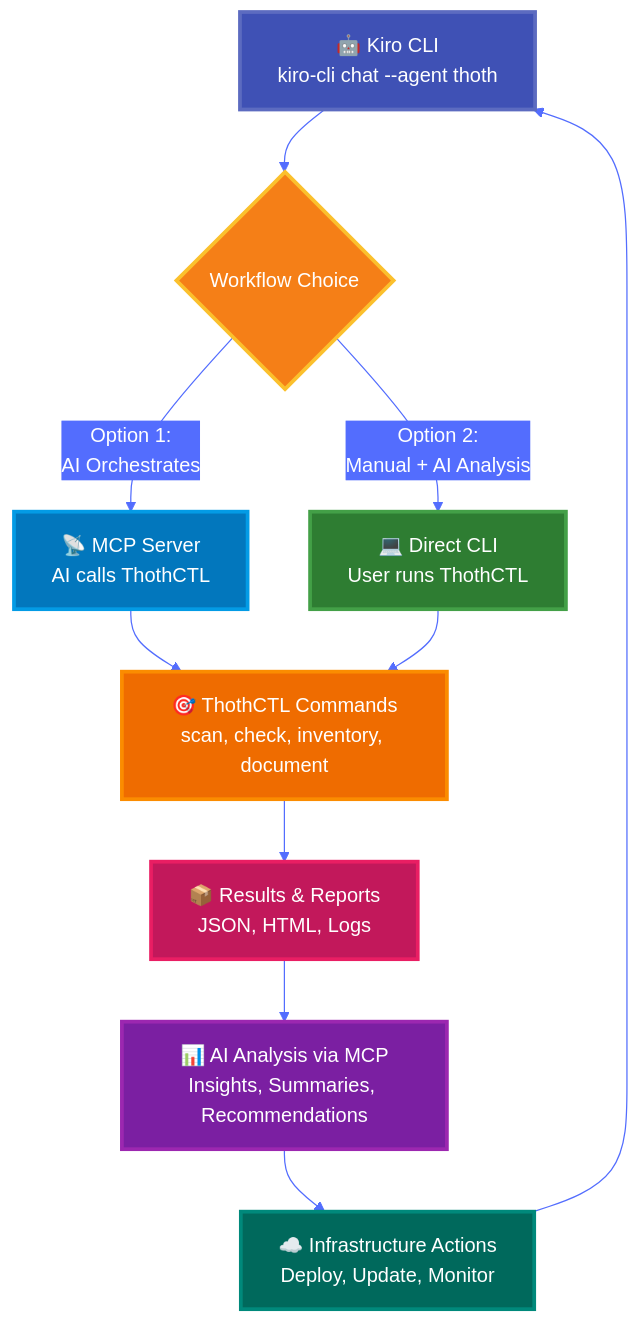
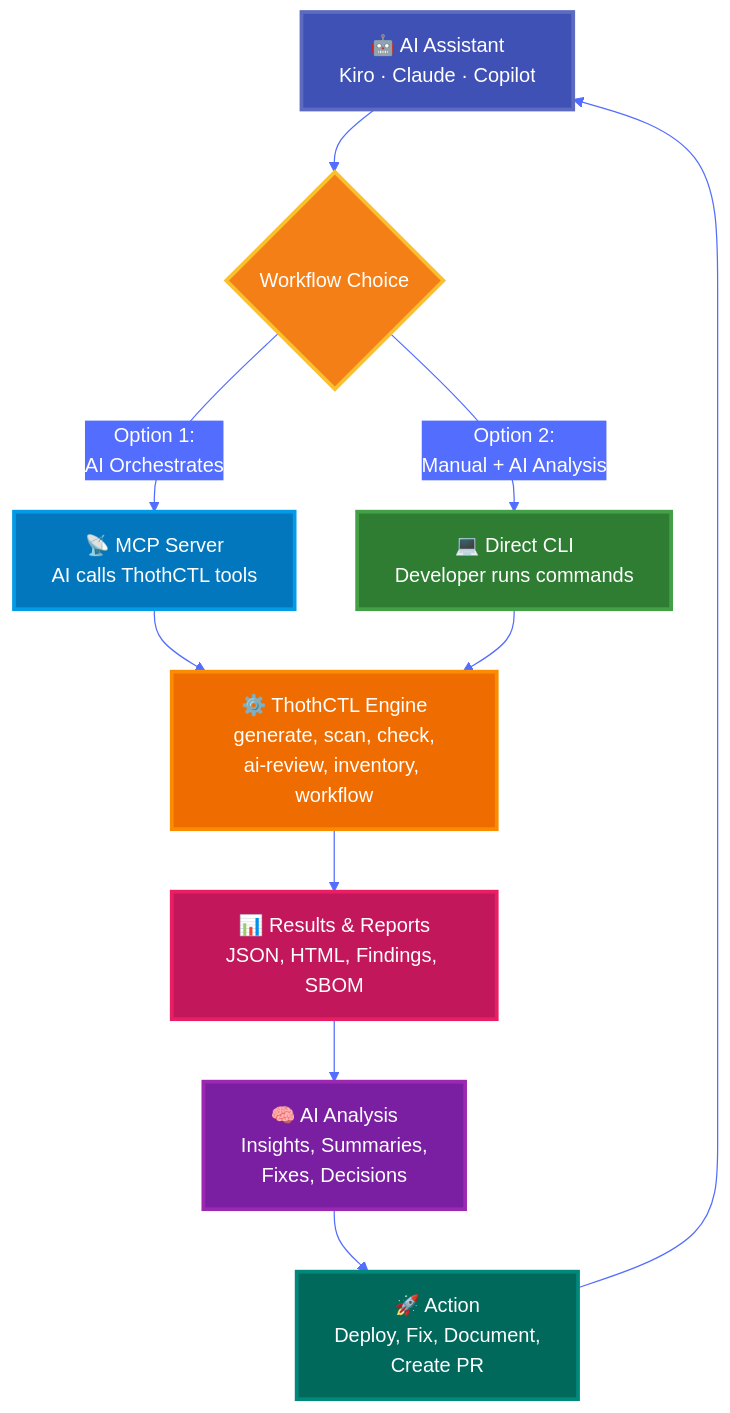
The first of 2 diagrams in docs/framework/use_cases/ai_dlc.md (thothforge/thothctl), drawn with Mermaid before and after one commit. The commit also changed other lines of this file, not shown here.

First line of the commit message:
docs: rewrite AI-DLC guide as use-case-driven developer walkthrough

````diff
--- a/docs/framework/use_cases/ai_dlc.md
+++ b/docs/framework/use_cases/ai_dlc.md
@@ -14,37 +18,37 @@
 ```mermaid
 %%{init: {'theme':'base', 'themeVariables': { 'primaryColor':'#3f51b5','primaryTextColor':'#fff','primaryBorderColor':'#303f9f','lineColor':'#536dfe','secondaryColor':'#536dfe','tertiaryColor':'#fff'}}}%%
 graph TB
-    A["🤖 Kiro CLI<br/>kiro-cli chat --agent thoth"] --> B{"Workflow Choice"}
+    A["🤖 AI Assistant<br/>Kiro · Claude · Copilot"] --> B{"Workflow Choice"}
     
-    B -->|"Option 1:<br/>AI Orchestrates"| C["📡 MCP Server<br/>AI calls ThothCTL"]
-    B -->|"Option 2:<br/>Manual + AI Analysis"| D["💻 Direct CLI<br/>User runs ThothCTL"]
+    B -->|"Option 1:<br/>AI Orchestrates"| C["📡 MCP Server<br/>AI calls ThothCTL tools"]
+    B -->|"Option 2:<br/>Manual + AI Analysis"| D["💻 Direct CLI<br/>Developer runs commands"]
     
-    C --> E["🎯 ThothCTL Commands<br/>scan, check, inventory, document"]
+    C --> E["⚙️ ThothCTL Engine<br/>generate, scan, check,<br/>ai-review, inventory, workflow"]
     D --> E
     
-    E --> F["📦 Results & Reports<br/>JSON, HTML, Logs"]
+    E --> F["📊 Results & Reports<br/>JSON, HTML, Findings, SBOM"]
     
-    F --> G["📊 AI Analysis via MCP<br/>Insights, Summaries, Recommendations"]
+    F --> G["🧠 AI Analysis<br/>Insights, Summaries,<br/>Fixes, Decisions"]
     
-    G --> H["☁️ Infrastructure Actions<br/>Deploy, Update, Monitor"]
+    G --> H["🚀 Action<br/>Deploy, Fix, Document,<br/>Create PR"]
     
     H --> A
     
     classDef aiStyle fill:#3f51b5,stroke:#5c6bc0,stroke-width:3px,color:#fff
     classDef choiceStyle fill:#f57f17,stroke:#fbc02d,stroke-width:3px,color:#fff
     classDef mcpStyle fill:#0277bd,stroke:#039be5,stroke-width:3px,color:#fff
     classDef cliStyle fill:#2e7d32,stroke:#43a047,stroke-width:3px,color:#fff
-    classDef commandStyle fill:#ef6c00,stroke:#fb8c00,stroke-width:3px,color:#fff
+    classDef engineStyle fill:#ef6c00,stroke:#fb8c00,stroke-width:3px,color:#fff
     classDef resultsStyle fill:#c2185b,stroke:#e91e63,stroke-width:3px,color:#fff
     classDef analysisStyle fill:#7b1fa2,stroke:#9c27b0,stroke-width:3px,color:#fff
-    classDef infraStyle fill:#00695c,stroke:#00897b,stroke-width:3px,color:#fff
+    classDef actionStyle fill:#00695c,stroke:#00897b,stroke-width:3px,color:#fff
     
     class A aiStyle
     class B choiceStyle
     class C mcpStyle
     class D cliStyle
-    class E commandStyle
+    class E engineStyle
     class F resultsStyle
     class G analysisStyle
-    class H infraStyle
+    class H actionStyle
 ```
````
